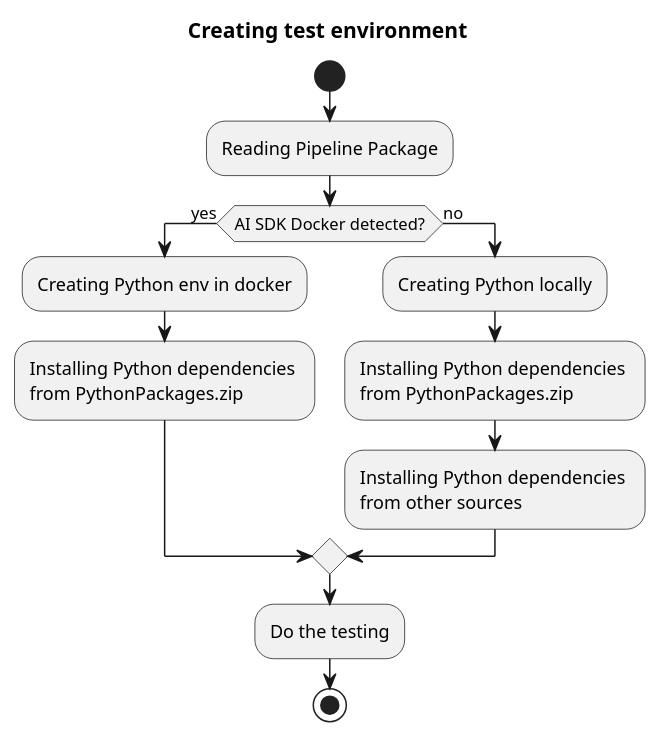
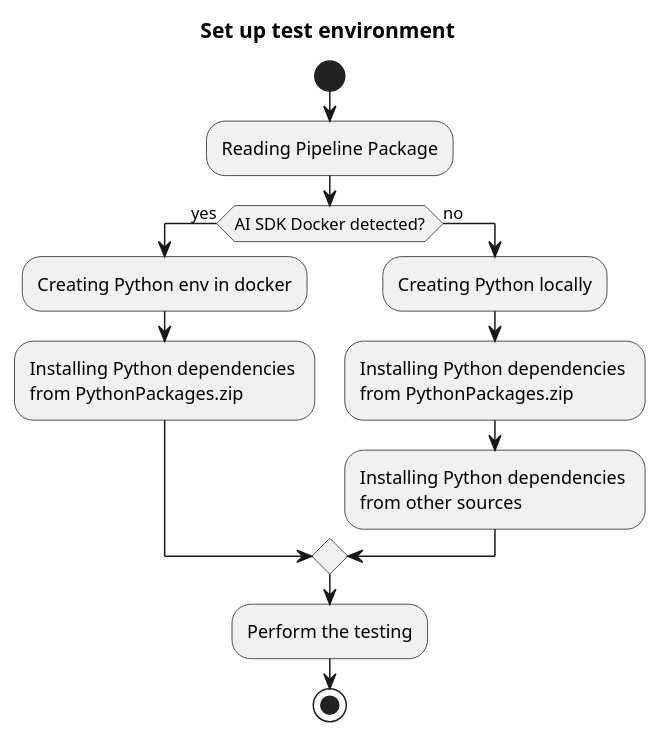
One commit to industrial-edge/ai-sdk changed the diagram in docker/Readme.md. Above: the diagram before and after it, drawn with PlantUML. The commit also changed other lines of this file and 143 other files, not shown here.

````diff
--- a/docker/Readme.md
+++ b/docker/Readme.md
@@ -24,24 +26,24 @@
 ```plantuml
 @startuml
-title Creating test environment
+title Set up test environment
 start
 
 :Reading Pipeline Package;
 
 if (AI SDK Docker detected?) then (yes)
   :Creating Python env in docker;
   
   :Installing Python dependencies \nfrom PythonPackages.zip;
 else (no)
   :Creating Python locally;
 
   :Installing Python dependencies \nfrom PythonPackages.zip;
 
   :Installing Python dependencies \nfrom other sources;
 endif
 
-:Do the testing;
+:Perform the testing;
 
 stop
 @enduml
 ```
````
